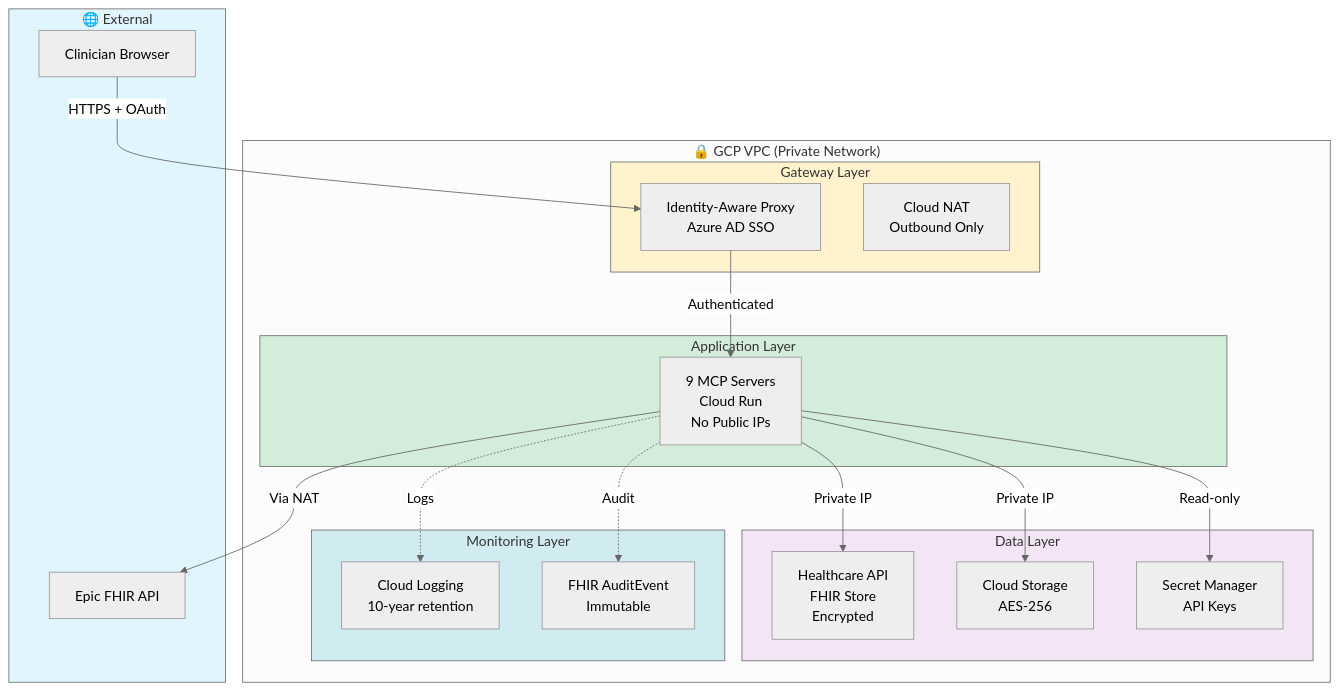
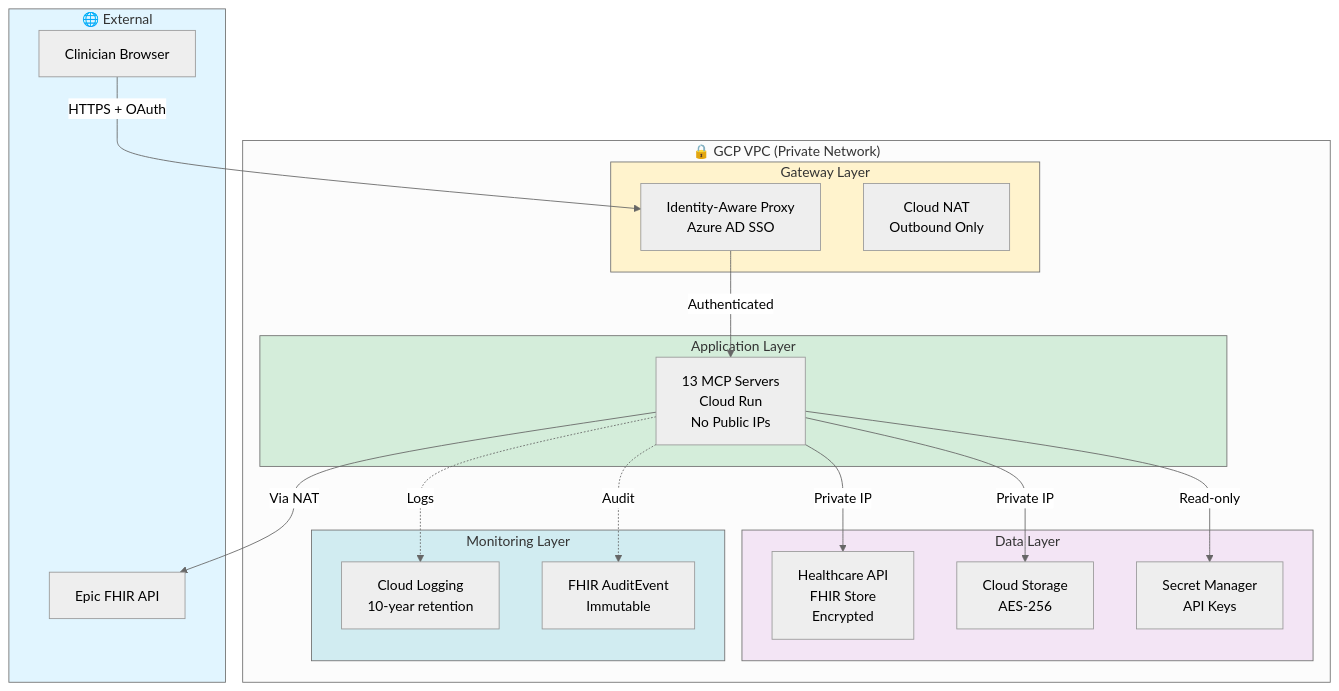
One commit to raymond301/precision-medicine-mcp changed the diagram in docs/for-hospitals/SECURITY_OVERVIEW.md. Above: the diagram before and after it, drawn with Mermaid (neutral theme). The commit also changed 22 other files, not shown here.

````diff
--- a/docs/for-hospitals/SECURITY_OVERVIEW.md
+++ b/docs/for-hospitals/SECURITY_OVERVIEW.md
@@ -9,44 +9,44 @@
 ```mermaid
 graph TB
     subgraph External["🌐 External"]
         CLINICIAN[Clinician Browser]
         EPIC_EXT[Epic FHIR API]
     end
 
     subgraph GCP_VPC["🔒 GCP VPC (Private Network)"]
         subgraph Gateway["Gateway Layer"]
             IAP[Identity-Aware Proxy<br/>Azure AD SSO]
             NAT[Cloud NAT<br/>Outbound Only]
         end
 
         subgraph Application["Application Layer"]
-            SERVERS[9 MCP Servers<br/>Cloud Run<br/>No Public IPs]
+            SERVERS[13 MCP Servers<br/>Cloud Run<br/>No Public IPs]
         end
 
         subgraph DataLayer["Data Layer"]
             FHIR[Healthcare API<br/>FHIR Store<br/>Encrypted]
             STORAGE[Cloud Storage<br/>AES-256]
             SECRETS[Secret Manager<br/>API Keys]
         end
 
         subgraph Monitoring["Monitoring Layer"]
             LOGS[Cloud Logging<br/>10-year retention]
             AUDIT[FHIR AuditEvent<br/>Immutable]
         end
     end
 
     CLINICIAN -->|HTTPS + OAuth| IAP
     IAP -->|Authenticated| SERVERS
     SERVERS -->|Private IP| FHIR
     SERVERS -->|Private IP| STORAGE
     SERVERS -->|Read-only| SECRETS
     SERVERS -.->|Logs| LOGS
     SERVERS -.->|Audit| AUDIT
     SERVERS -->|Via NAT| EPIC_EXT
 
     style External fill:#e1f5ff
     style Gateway fill:#fff3cd
     style Application fill:#d4edda
     style DataLayer fill:#f3e5f5
     style Monitoring fill:#d1ecf1
 ```
````
